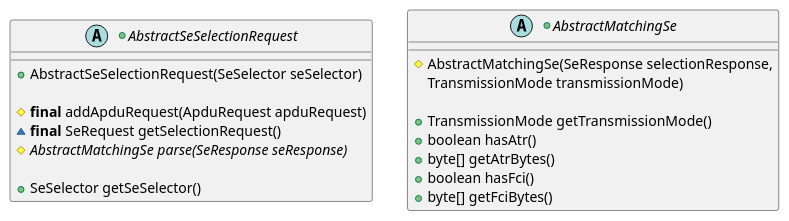
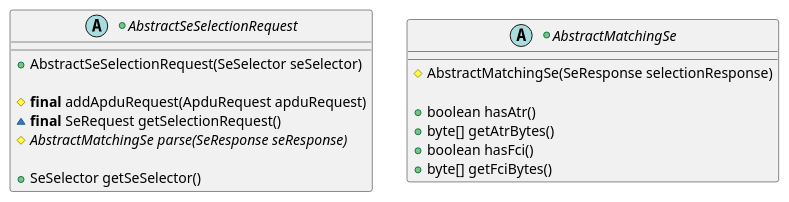
One commit to calypsonet/keyple changed the fourth of 9 diagrams in src/KeypleCoreApi/Application/puml/KeypleCore-ApplicationApi-ClassDiag-Selection-ClassElements.iuml. Above: the diagram before and after it, drawn with PlantUML. The commit also changed 20 other files, not shown here.

Commit message:
Fix TransmissionMode

```diff
--- a/src/KeypleCoreApi/Application/puml/KeypleCore-ApplicationApi-ClassDiag-Selection-ClassElements.iuml
+++ b/src/KeypleCoreApi/Application/puml/KeypleCore-ApplicationApi-ClassDiag-Selection-ClassElements.iuml
@@ -68,22 +68,20 @@
 @startuml(id=SELECTION_REQUEST_0_9)
 +abstract AbstractSeSelectionRequest {
   +AbstractSeSelectionRequest(SeSelector seSelector)
 
   #<b>final</b> addApduRequest(ApduRequest apduRequest)
   ~<b>final</b> SeRequest getSelectionRequest()
   {abstract} #AbstractMatchingSe parse(SeResponse seResponse)
 
   +SeSelector getSeSelector()
 }
 
 +abstract AbstractMatchingSe {
-  #AbstractMatchingSe(SeResponse selectionResponse,
-    TransmissionMode transmissionMode)
+  #AbstractMatchingSe(SeResponse selectionResponse)
 
-  +TransmissionMode getTransmissionMode()
   +boolean hasAtr()
   +byte[] getAtrBytes()
   +boolean hasFci()
   +byte[] getFciBytes()
 }
 @enduml
```
